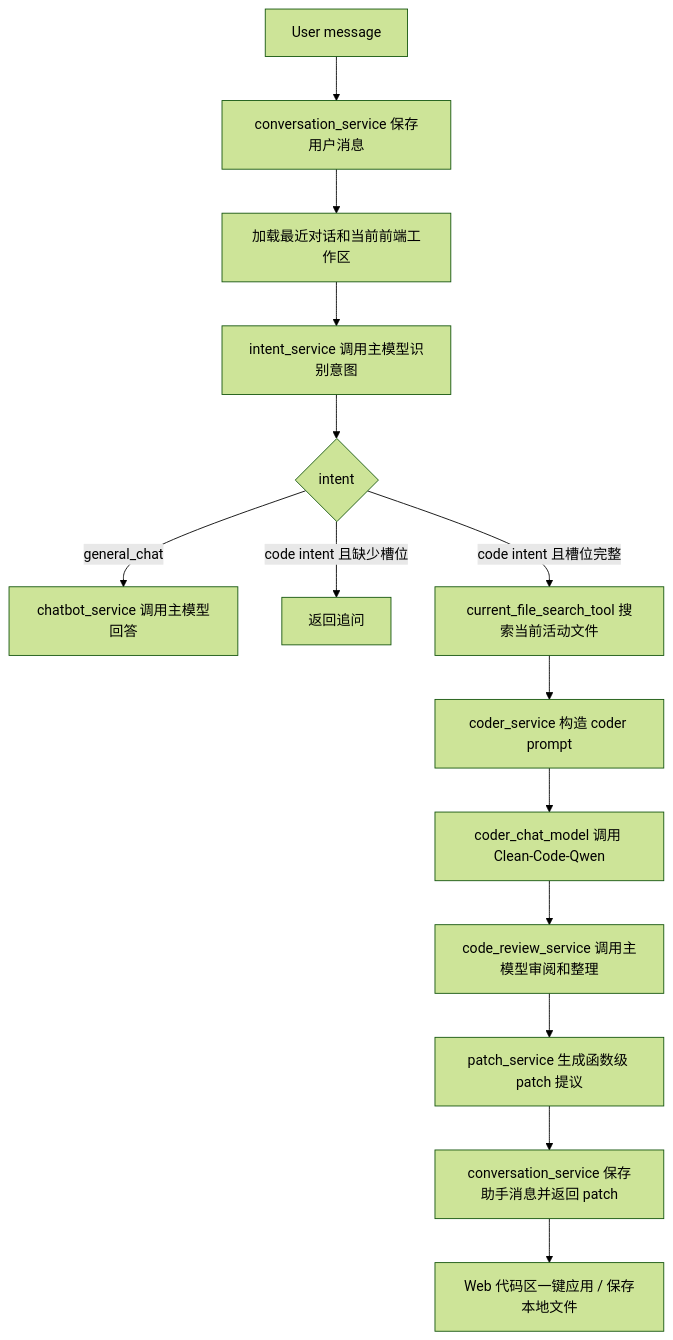
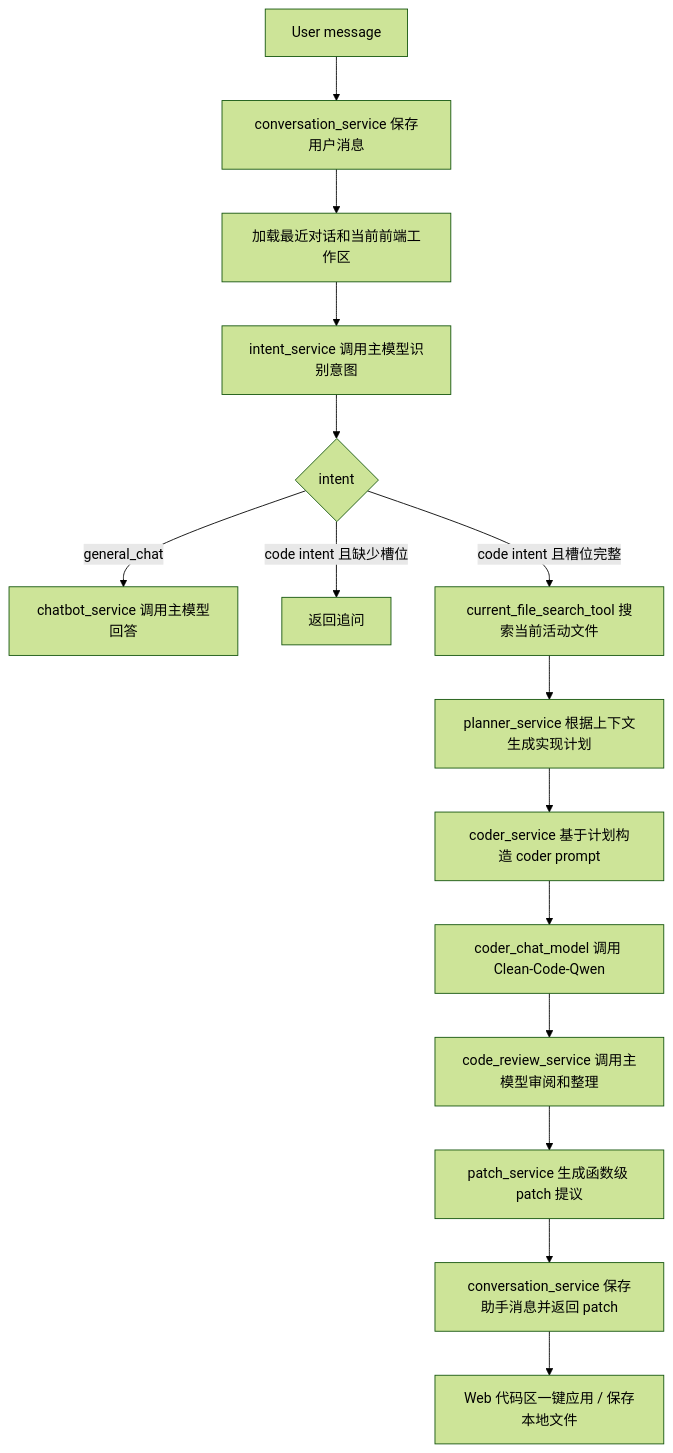
One commit to iiicellled/Clean-Code-Agent changed the first of 2 diagrams in README.md. Above: the diagram before and after it, drawn with Mermaid (forest theme). The commit also changed other lines of this file and 6 other files, not shown here.

````diff
--- a/README.md
+++ b/README.md
@@ -44,16 +44,17 @@
 ```mermaid
 flowchart TD
     A[User message] --> B[conversation_service 保存用户消息]
     B --> C[加载最近对话和当前前端工作区]
     C --> D[intent_service 调用主模型识别意图]
     D --> E{intent}
     E -->|general_chat| F[chatbot_service 调用主模型回答]
     E -->|code intent 且缺少槽位| G[返回追问]
     E -->|code intent 且槽位完整| H[current_file_search_tool 搜索当前活动文件]
-    H --> I[coder_service 构造 coder prompt]
-    I --> J[coder_chat_model 调用 Clean-Code-Qwen]
-    J --> K[code_review_service 调用主模型审阅和整理]
-    K --> L[patch_service 生成函数级 patch 提议]
-    L --> M[conversation_service 保存助手消息并返回 patch]
-    M --> N[Web 代码区一键应用 / 保存本地文件]
+    H --> I[planner_service 根据上下文生成实现计划]
+    I --> J[coder_service 基于计划构造 coder prompt]
+    J --> K[coder_chat_model 调用 Clean-Code-Qwen]
+    K --> L[code_review_service 调用主模型审阅和整理]
+    L --> M[patch_service 生成函数级 patch 提议]
+    M --> N[conversation_service 保存助手消息并返回 patch]
+    N --> O[Web 代码区一键应用 / 保存本地文件]
 ```
````
